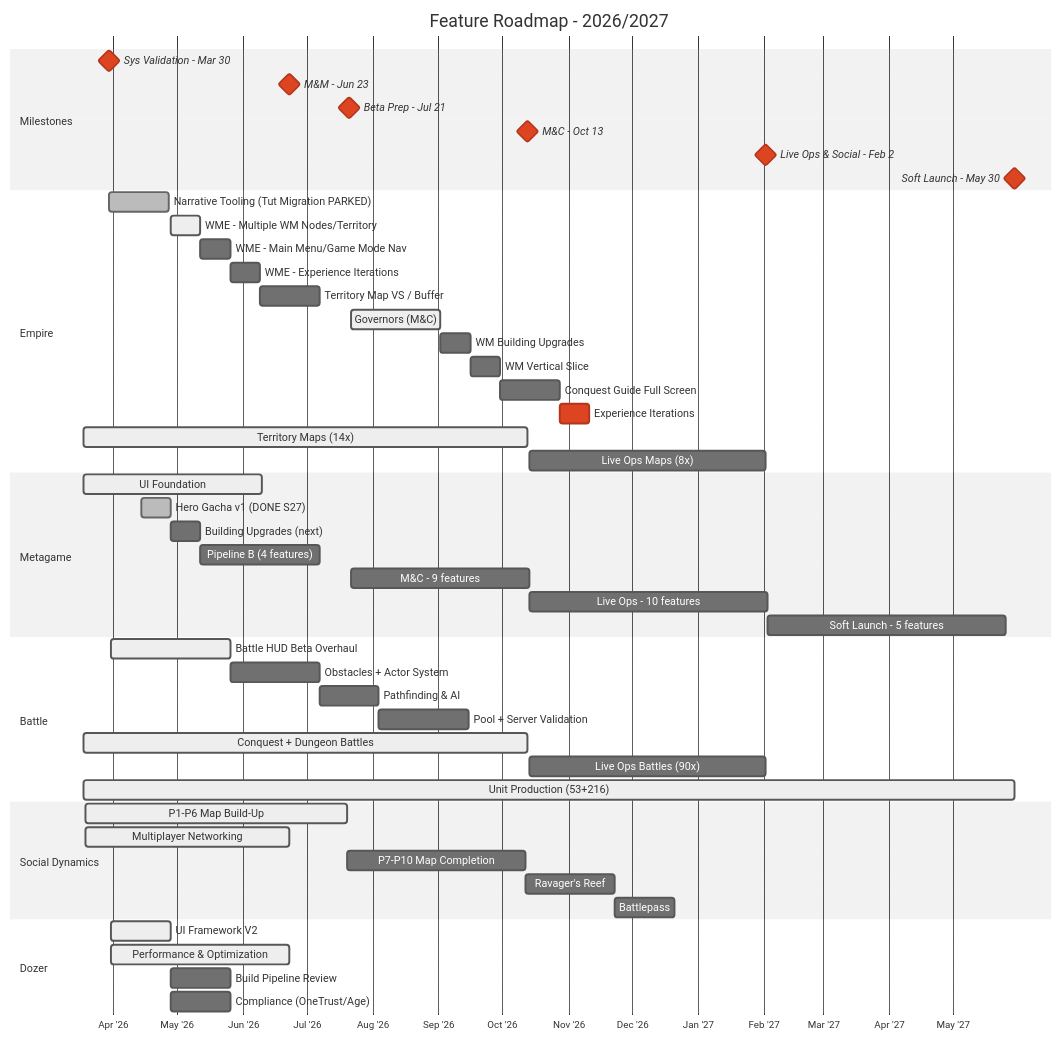
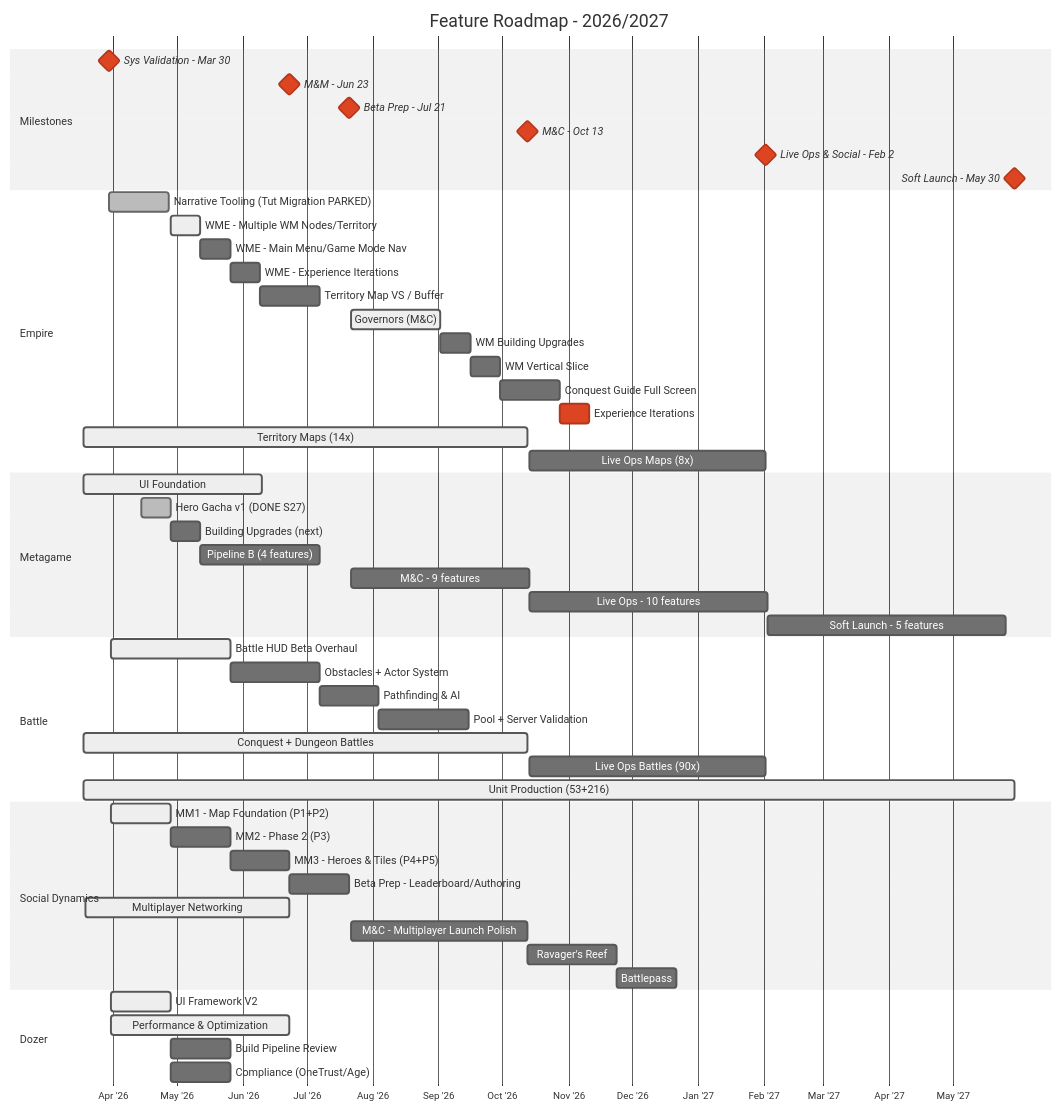
The diagram in generated/roadmap.md (timwilliams-prod/proj-chimera-documentation-brain), drawn with Mermaid (neutral theme) before and after one commit. The commit also changed other lines of this file and 4 other files, not shown here.

````diff
--- a/generated/roadmap.md
+++ b/generated/roadmap.md
@@ -16,60 +16,63 @@
 ```mermaid
 gantt
     title Feature Roadmap - 2026/2027
     dateFormat YYYY-MM-DD
     axisFormat %b '%y
     tickInterval 1month
 
     section Milestones
     Sys Validation - Mar 30   :crit, milestone, 2026-03-30, 0d
     M&M - Jun 23              :crit, milestone, 2026-06-23, 0d
     Beta Prep - Jul 21        :crit, milestone, 2026-07-21, 0d
     M&C - Oct 13              :crit, milestone, 2026-10-13, 0d
     Live Ops & Social - Feb 2 :crit, milestone, 2027-02-02, 0d
     Soft Launch - May 30      :crit, milestone, 2027-05-30, 0d
 
     section Empire
     Narrative Tooling (Tut Migration PARKED) :done, emp1, 2026-03-30, 28d
     WME - Multiple WM Nodes/Territory :active, emp2a, 2026-04-28, 14d
     WME - Main Menu/Game Mode Nav     :        emp2b, after emp2a, 14d
     WME - Experience Iterations       :        emp2c, after emp2b, 14d
     Territory Map VS / Buffer  :         emp3, after emp2c, 28d
     Governors (M&C)            :active,  emp4, 2026-07-22, 42d
     WM Building Upgrades       :         emp5, after emp4, 14d
     WM Vertical Slice          :         emp6, after emp5, 14d
     Conquest Guide Full Screen :         emp7, after emp6, 28d
     Experience Iterations      :crit,    emp8, after emp7, 14d
     Territory Maps (14x)       :active,  emp_tm, 2026-03-18, 2026-10-13
     Live Ops Maps (8x)         :         emp_lm, 2026-10-14, 2027-02-02
 
     section Metagame
     UI Foundation              :active, meta_a, 2026-03-18, 84d
     Hero Gacha v1 (DONE S27)   :done,   meta_b1, 2026-04-14, 14d
     Building Upgrades (next)   :        meta_b2, 2026-04-28, 14d
     Pipeline B (4 features)    :        meta_b, after meta_b2, 56d
     M&C - 9 features           :        meta_mc, 2026-07-22, 84d
     Live Ops - 10 features     :        meta_lo, 2026-10-14, 112d
     Soft Launch - 5 features   :        meta_sl, 2027-02-03, 112d
 
     section Battle
     Battle HUD Beta Overhaul   :active,  bat1, 2026-03-31, 56d
     Obstacles + Actor System   :         bat2, after bat1, 42d
     Pathfinding & AI           :         bat4, after bat2, 28d
     Pool + Server Validation   :         bat5, after bat4, 42d
     Conquest + Dungeon Battles :active,  bat_cb, 2026-03-18, 2026-10-13
     Live Ops Battles (90x)     :         bat_lb, 2026-10-14, 2027-02-02
     Unit Production (53+216)   :active,  bat_units, 2026-03-18, 2027-05-30
 
     section Social Dynamics
-    P1-P6 Map Build-Up         :active,  soc1, 2026-03-19, 2026-07-20
-    Multiplayer Networking     :active,  soc_net, 2026-03-19, 2026-06-23
-    P7-P10 Map Completion      :         soc2, after soc1, 84d
-    Ravager's Reef             :         soc_rr, after soc2, 42d
-    Battlepass                 :         soc_bp, after soc_rr, 28d
+    MM1 - Map Foundation (P1+P2)    :active,  soc_mm1, 2026-03-31, 2026-04-28
+    MM2 - Phase 2 (P3)              :         soc_mm2, 2026-04-28, 2026-05-26
+    MM3 - Heroes & Tiles (P4+P5)    :         soc_mm3, 2026-05-26, 2026-06-23
+    Beta Prep - Leaderboard/Authoring :       soc_beta, 2026-06-23, 2026-07-21
+    Multiplayer Networking          :active,  soc_net, 2026-03-19, 2026-06-23
+    M&C - Multiplayer Launch Polish :         soc_mc, 2026-07-22, 2026-10-13
+    Ravager's Reef                  :         soc_rr, 2026-10-13, 42d
+    Battlepass                      :         soc_bp, after soc_rr, 28d
 
     section Dozer
     UI Framework V2            :active,  doz1, 2026-03-31, 28d
     Performance & Optimization :active,  doz2, 2026-03-31, 84d
     Build Pipeline Review      :         doz3, 2026-04-28, 28d
     Compliance (OneTrust/Age)  :         doz4, 2026-04-28, 28d
 ```
````
